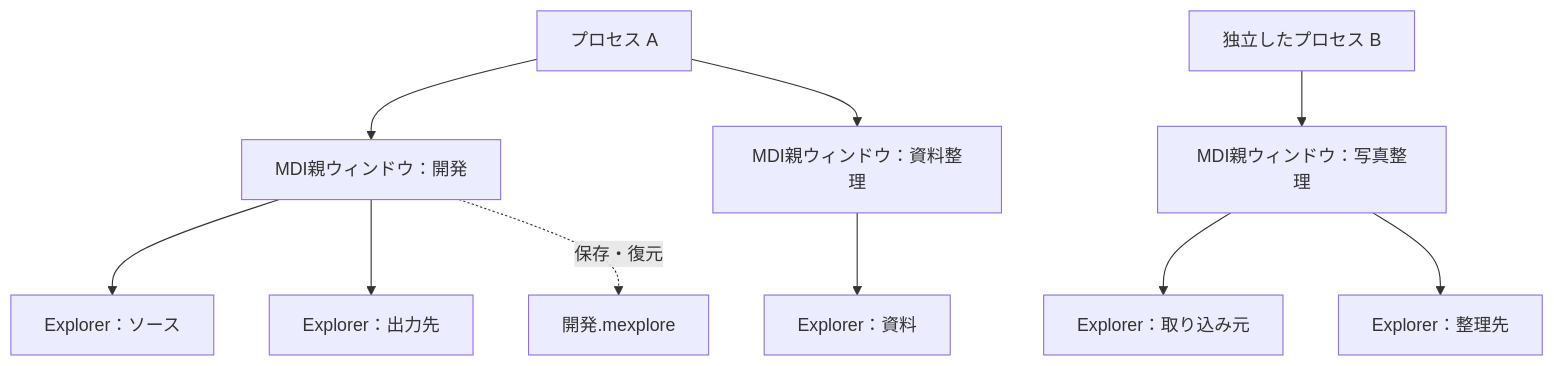
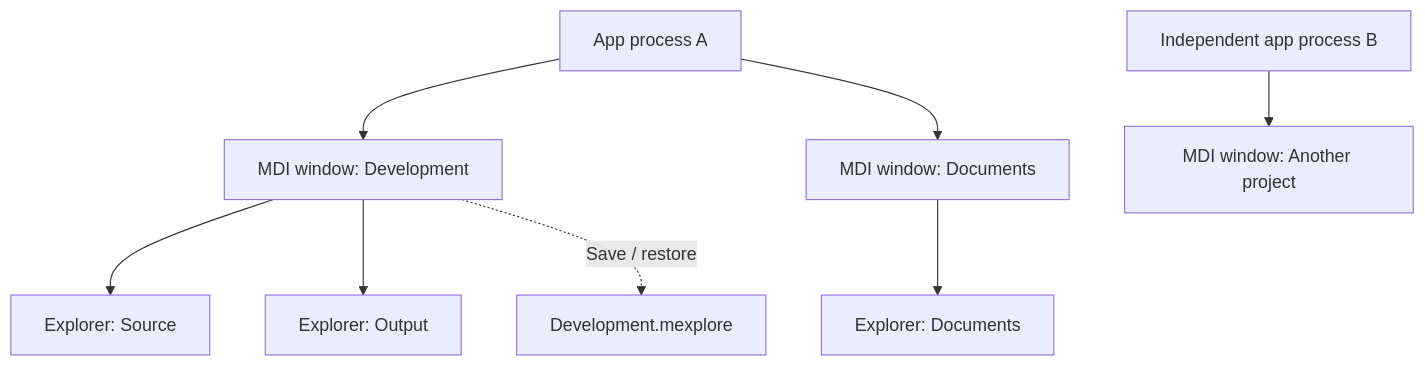
The diagram in README.md (moooyooo/moooyooo-mac-explore), drawn with Mermaid before and after one commit. The commit also changed other lines of this file and 45 other files, not shown here.

````diff
--- a/README.md
+++ b/README.md
@@ -37,12 +26,10 @@
 ```mermaid
 flowchart TB
-    A["プロセス A"] --> W1["MDI親ウィンドウ：開発"]
-    A --> W2["MDI親ウィンドウ：資料整理"]
-    W1 --> E1["Explorer：ソース"]
-    W1 --> E2["Explorer：出力先"]
-    W2 --> E3["Explorer：資料"]
-    B["独立したプロセス B"] --> W3["MDI親ウィンドウ：写真整理"]
-    W3 --> E4["Explorer：取り込み元"]
-    W3 --> E5["Explorer：整理先"]
-    W1 -. "保存・復元" .-> P["開発.mexplore"]
+    A["App process A"] --> W1["MDI window: Development"]
+    A --> W2["MDI window: Documents"]
+    W1 --> E1["Explorer: Source"]
+    W1 --> E2["Explorer: Output"]
+    W2 --> E3["Explorer: Documents"]
+    B["Independent app process B"] --> W3["MDI window: Another project"]
+    W1 -. "Save / restore" .-> P["Development.mexplore"]
 ```
````
